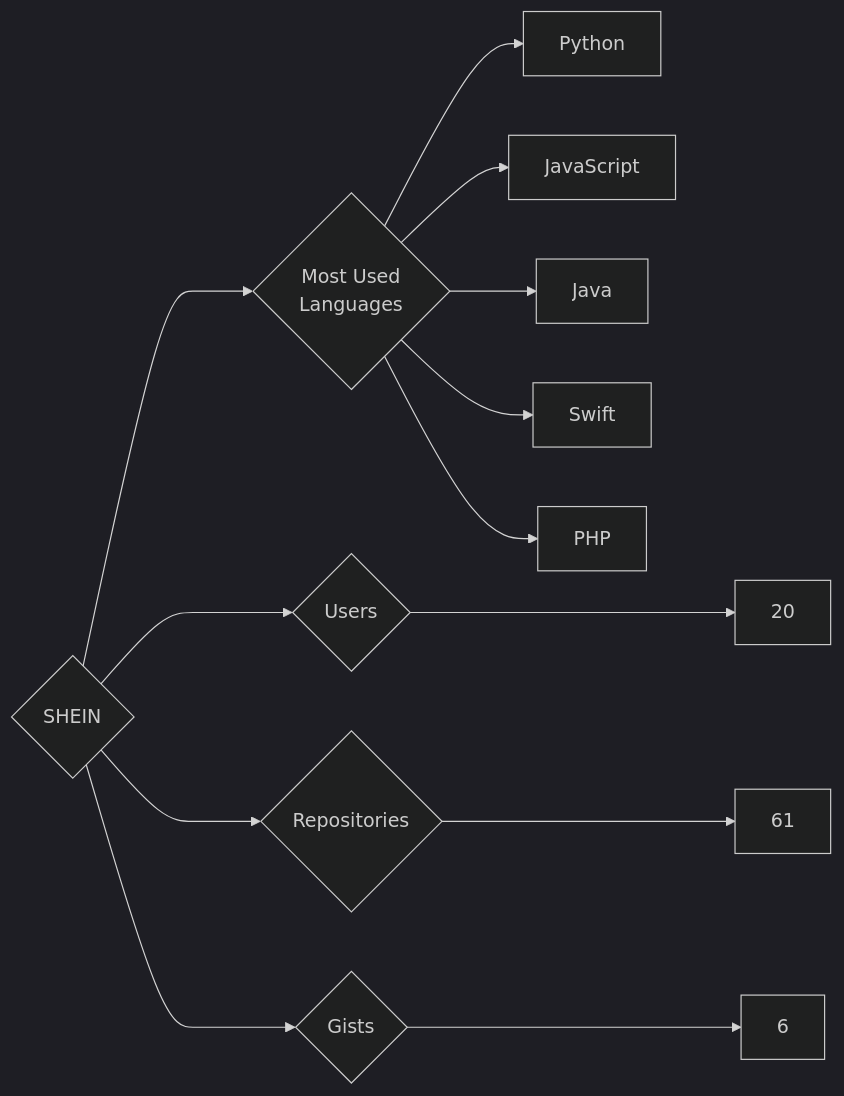
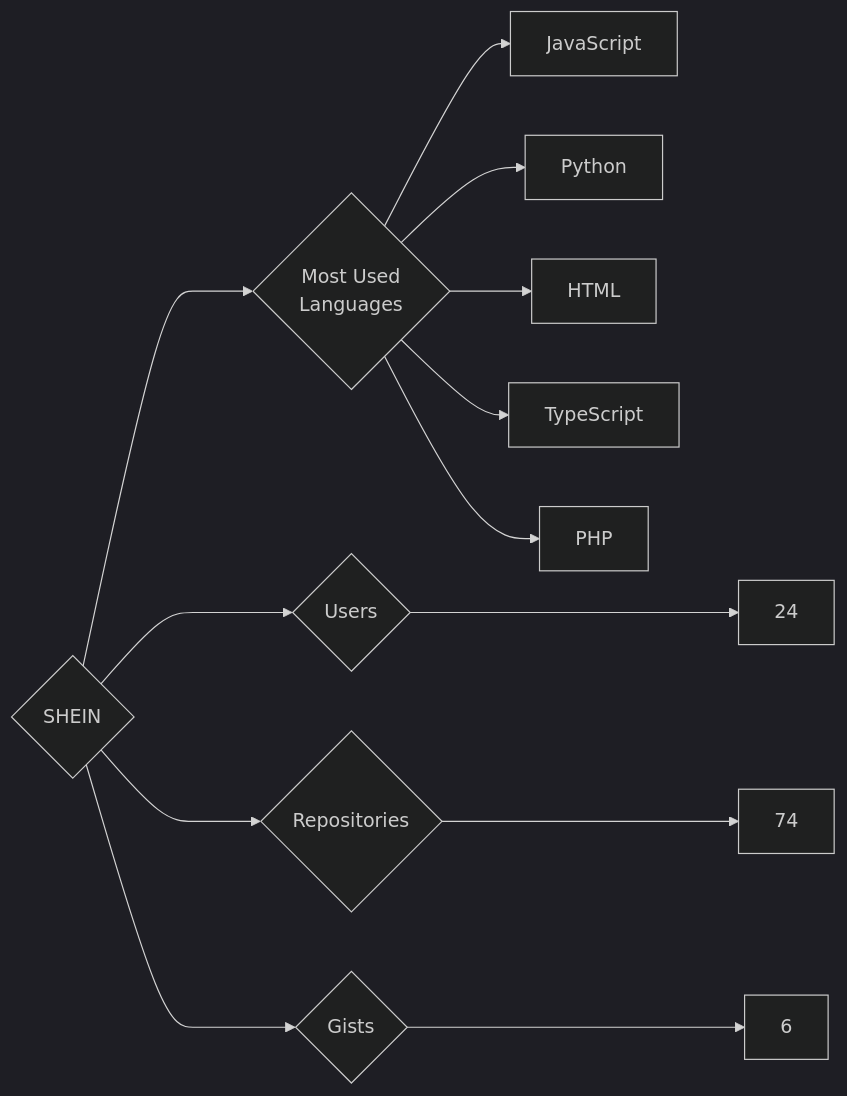
One commit to trickest/insiders changed the diagram in targets/SHEIN/README.md. Above: the diagram before and after it, drawn with Mermaid (dark theme). The commit also changed 895 other files, not shown here.

````diff
--- a/targets/SHEIN/README.md
+++ b/targets/SHEIN/README.md
@@ -3,13 +3,13 @@
 ```mermaid
 graph LR
 COMPANY_NAME{SHEIN}
-COMPANY_NAME ---> U{Users} ---> UN[20]
-COMPANY_NAME ---> R{Repositories} ---> RN[61]
+COMPANY_NAME ---> U{Users} ---> UN[24]
+COMPANY_NAME ---> R{Repositories} ---> RN[74]
 COMPANY_NAME ---> G{Gists} ---> GN[6]
 COMPANY_NAME ---> ML{Most Used<br>Languages}
+ML --> JavaScript[JavaScript]
 ML --> Python[Python]
-ML --> JavaScript[JavaScript]
-ML --> Java[Java]
-ML --> Swift[Swift]
+ML --> HTML[HTML]
+ML --> TypeScript[TypeScript]
 ML --> PHP[PHP]
 ```
````
